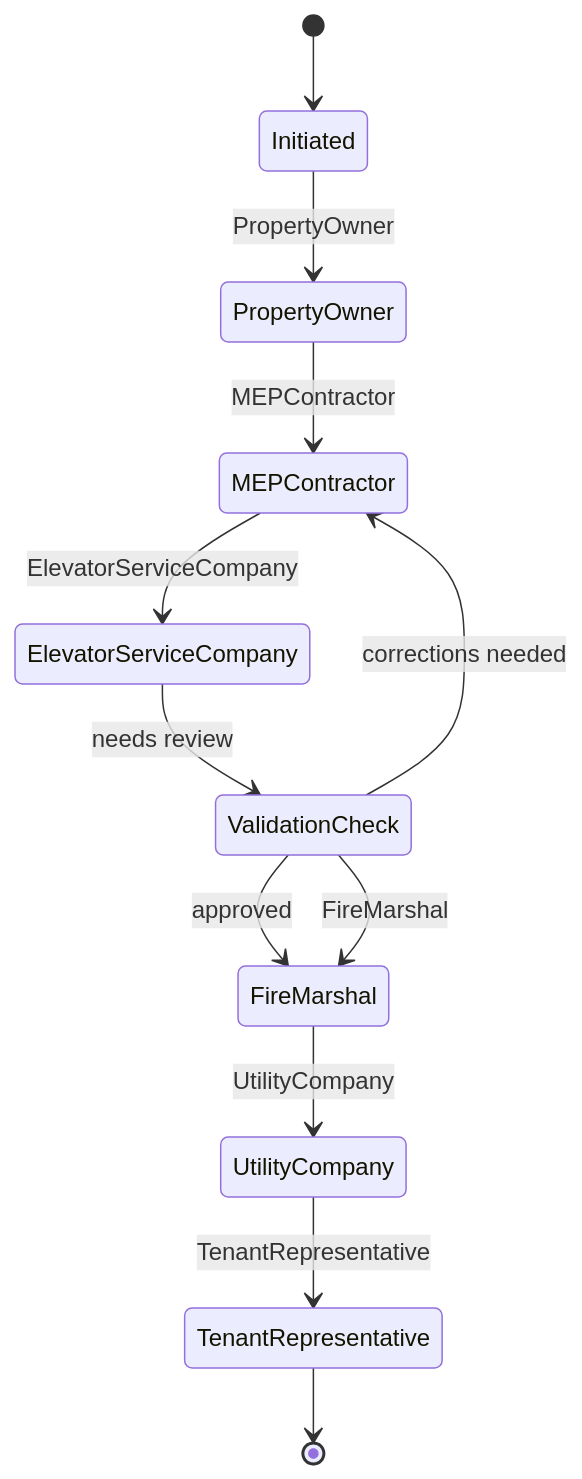
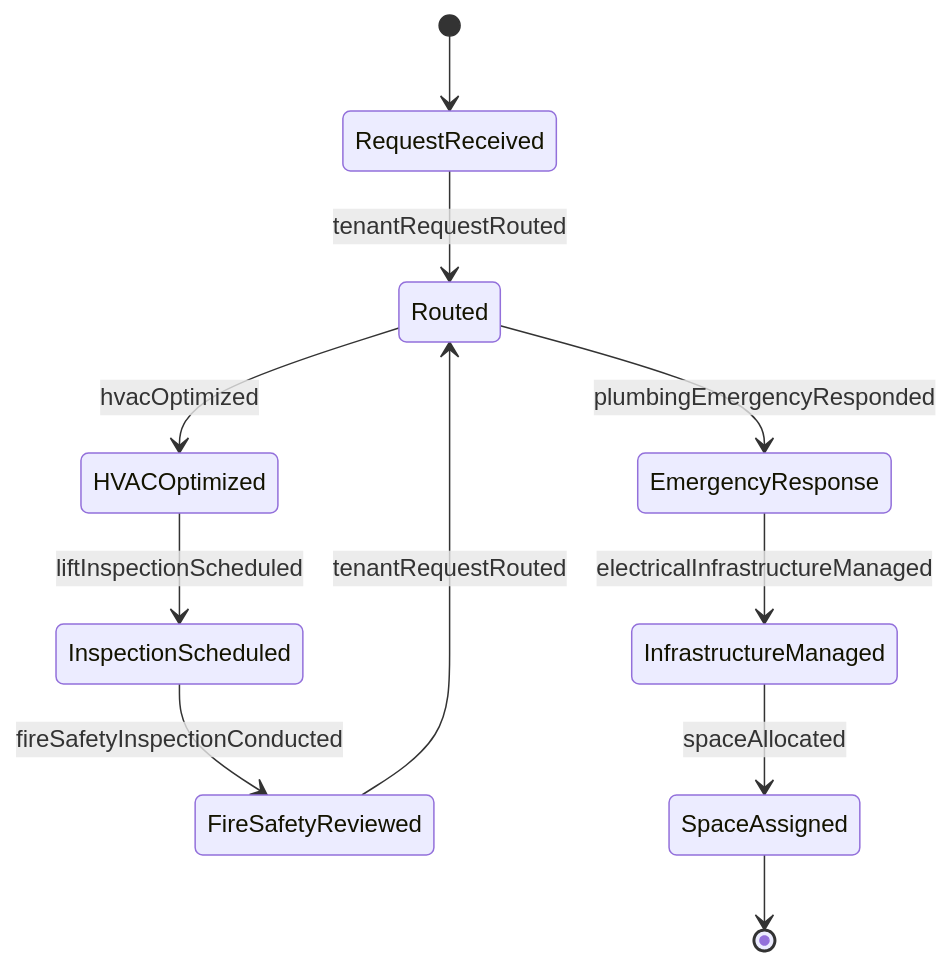
One commit to dot-org-ai/tasks.org.ai changed the second of 4 diagrams in GuidingDirectingAndMotivatingSubordinates/DirectOrganizationalOperationsActivitiesOrProcedures/DirectFacilityMaintenanceRepairActivities.mdx. Above: the diagram before and after it, drawn with Mermaid. The commit also changed other lines of this file and 515 other files, not shown here.

````diff
--- a/GuidingDirectingAndMotivatingSubordinates/DirectOrganizationalOperationsActivitiesOrProcedures/DirectFacilityMaintenanceRepairActivities.mdx
+++ b/GuidingDirectingAndMotivatingSubordinates/DirectOrganizationalOperationsActivitiesOrProcedures/DirectFacilityMaintenanceRepairActivities.mdx
@@ -105,14 +104,13 @@
 ```mermaid
 stateDiagram-v2
-    [*] --> Initiated
-    Initiated --> PropertyOwner: PropertyOwner
-    PropertyOwner --> MEPContractor: MEPContractor
-    MEPContractor --> ElevatorServiceCompany: ElevatorServiceCompany
-    ElevatorServiceCompany --> ValidationCheck: needs review
-    ValidationCheck --> MEPContractor: corrections needed
-    ValidationCheck --> FireMarshal: approved
-    ValidationCheck --> FireMarshal: FireMarshal
-    FireMarshal --> UtilityCompany: UtilityCompany
-    UtilityCompany --> TenantRepresentative: TenantRepresentative
-    TenantRepresentative --> [*]
+    [*] --> RequestReceived
+    RequestReceived --> Routed : tenantRequestRouted
+    Routed --> HVACOptimized : hvacOptimized
+    Routed --> EmergencyResponse : plumbingEmergencyResponded
+    EmergencyResponse --> InfrastructureManaged : electricalInfrastructureManaged
+    HVACOptimized --> InspectionScheduled : liftInspectionScheduled
+    InspectionScheduled --> FireSafetyReviewed : fireSafetyInspectionConducted
+    FireSafetyReviewed --> Routed : tenantRequestRouted
+    InfrastructureManaged --> SpaceAssigned : spaceAllocated
+    SpaceAssigned --> [*]
 ```
````
